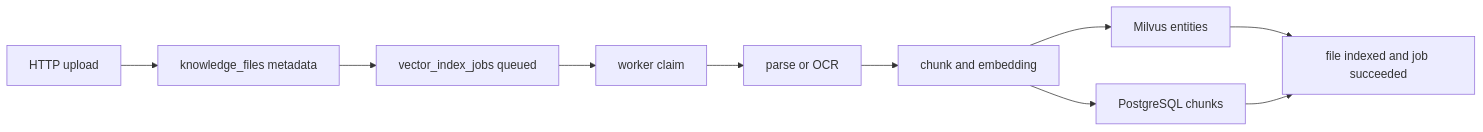
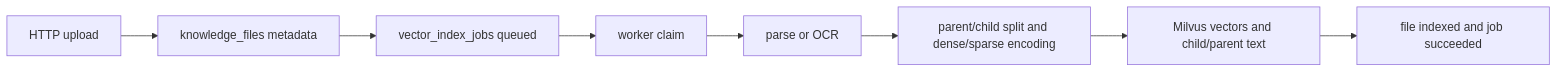
One commit to Looball/firstRag changed the first of 6 diagrams in docs/tutorials/FILE_INGESTION_AND_INDEXING.md. Above: the diagram before and after it, drawn with Mermaid. The commit also changed other lines of this file and 85 other files, not shown here.

First line of the commit message:
Move retrieval text storage to Milvus (#65)

````diff
--- a/docs/tutorials/FILE_INGESTION_AND_INDEXING.md
+++ b/docs/tutorials/FILE_INGESTION_AND_INDEXING.md
@@ -87,12 +87,10 @@
 ```mermaid
 flowchart LR
     A["HTTP upload"] --> B["knowledge_files metadata"]
     B --> C["vector_index_jobs queued"]
     C --> D["worker claim"]
     D --> E["parse or OCR"]
-    E --> F["chunk and embedding"]
-    F --> G["Milvus entities"]
-    F --> H["PostgreSQL chunks"]
+    E --> F["parent/child split and dense/sparse encoding"]
+    F --> G["Milvus vectors and child/parent text"]
     G --> I["file indexed and job succeeded"]
-    H --> I
 ```
````
